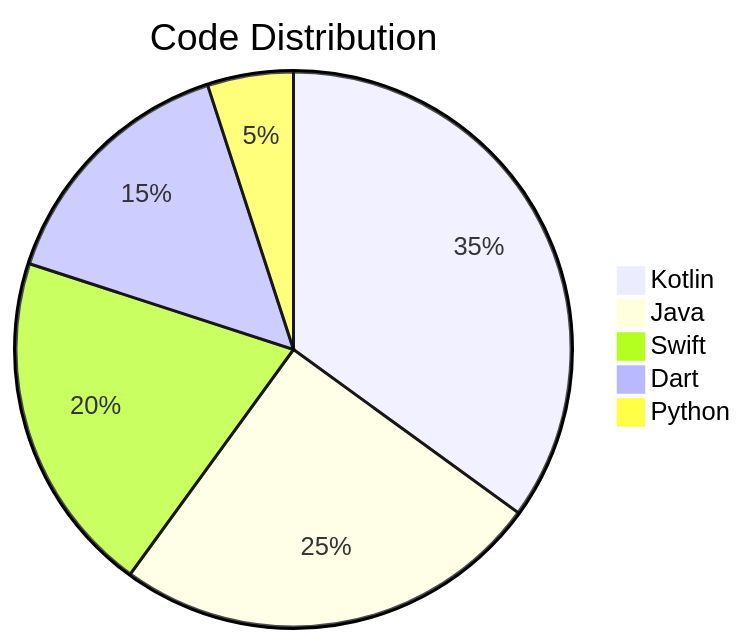
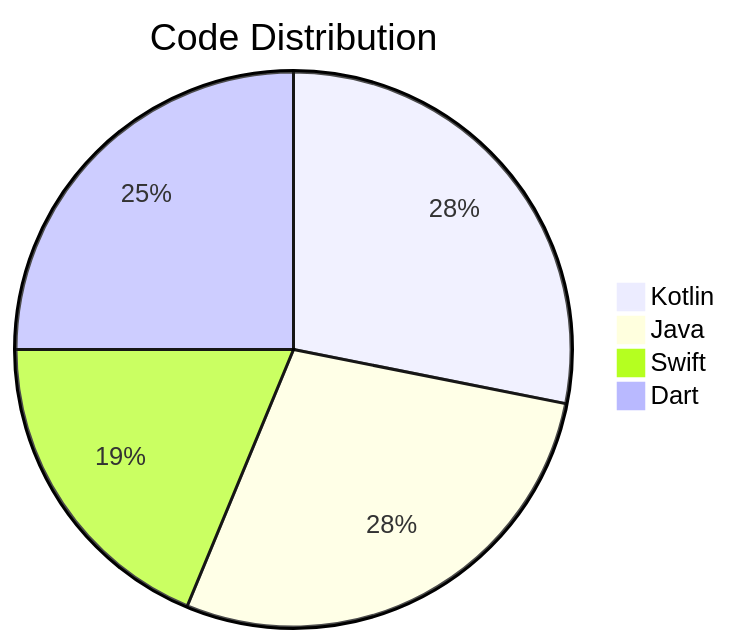
Before and after one commit to Youssef-Abdelkader/Youssef-Abdelkader: the diagram in README.md, drawn with Mermaid. The commit also changed other lines of this file, not shown here.

````diff
--- a/README.md
+++ b/README.md
@@ -54,9 +54,9 @@
 ```mermaid
 pie
     title Code Distribution
-    "Kotlin" : 35
-    "Java" : 25
-    "Swift" : 20
-    "Dart" : 15
-    "Python" : 5
+    "Kotlin" : 90
+    "Java" : 90
+    "Swift" : 60
+    "Dart" : 80
+    
 ```
````
